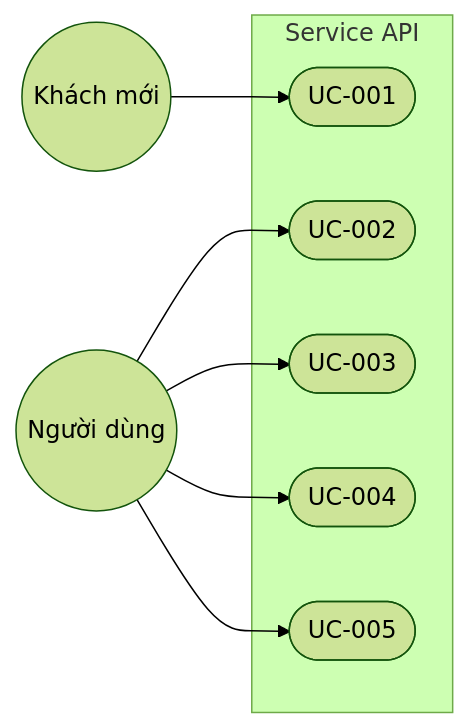
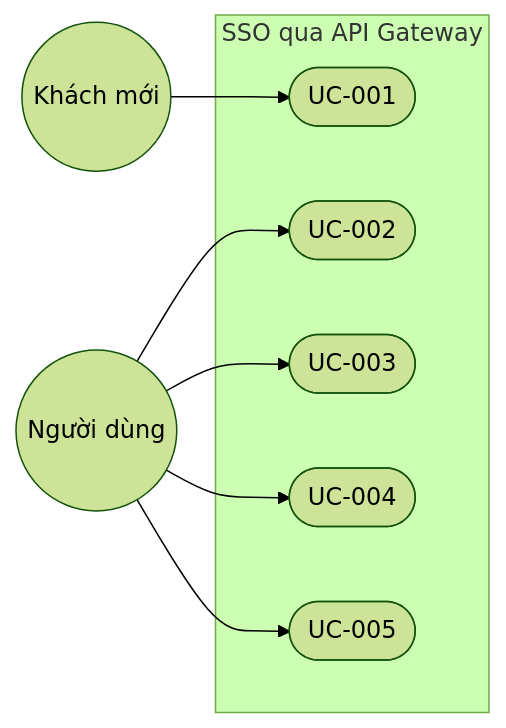
One commit to CVThien2k2/joytab changed the first of 6 diagrams in docs/thiet-ke-he-thong-20260522.md. Above: the diagram before and after it, drawn with Mermaid (forest theme). The commit also changed other lines of this file and 3 other files, not shown here.

Commit message:
docs: reflect api-gateway + sso edge-auth architecture

````diff
--- a/docs/thiet-ke-he-thong-20260522.md
+++ b/docs/thiet-ke-he-thong-20260522.md
@@ -17,19 +17,19 @@
 ```mermaid
 flowchart LR
   GUEST((Khách mới))
   USER((Người dùng))
 
-  subgraph SYS[Service API]
+  subgraph SYS[SSO qua API Gateway]
     UC1([UC-001])
     UC2([UC-002])
     UC3([UC-003])
     UC4([UC-004])
     UC5([UC-005])
   end
 
   GUEST --> UC1
   USER --> UC2
   USER --> UC3
   USER --> UC4
   USER --> UC5
 ```
````
